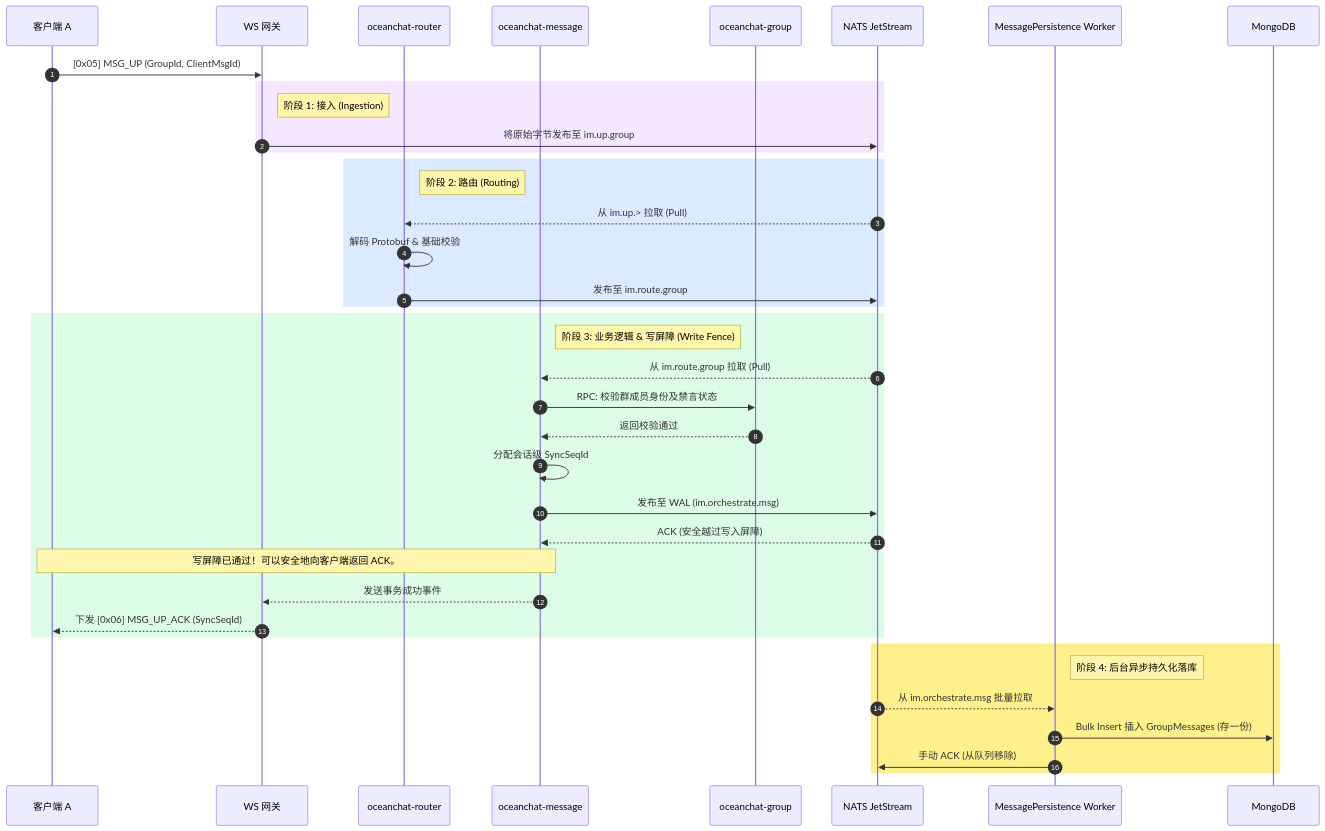
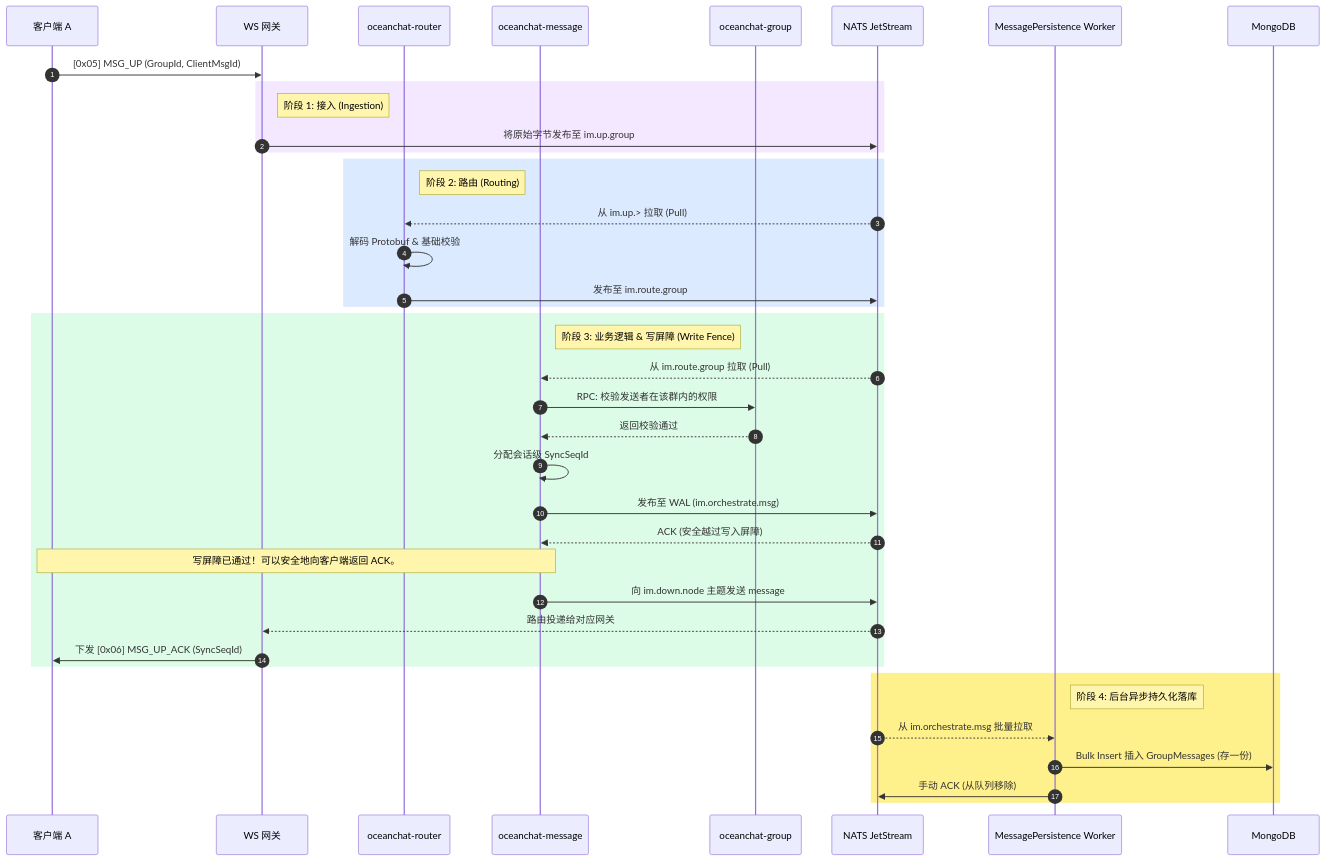
Before and after one commit to JamesWilson19970101/ocean.chat.docs: the first of 4 diagrams in i18n/zh-CN/docusaurus-plugin-content-docs/current/devdocs/Bussiness Logic/group-message-flow.md, drawn with Mermaid. The commit also changed 72 other files, not shown here.

First line of the commit message:
ref(docs): reorganize devdocs and update architecture decision records

````diff
--- a/i18n/zh-CN/docusaurus-plugin-content-docs/current/devdocs/Bussiness Logic/group-message-flow.md
+++ b/i18n/zh-CN/docusaurus-plugin-content-docs/current/devdocs/Bussiness Logic/group-message-flow.md
@@ -36,47 +36,48 @@
 ```mermaid
 sequenceDiagram
     autonumber
     participant Sender as 客户端 A
     participant WSG as WS 网关
     participant Router as oceanchat-router
     participant MsgService as oceanchat-message
     participant GroupService as oceanchat-group
     participant NATS as NATS JetStream
     participant Worker as MessagePersistence Worker
     participant MongoDB as MongoDB
 
     Sender->>WSG: [0x05] MSG_UP (GroupId, ClientMsgId)
 
     rect rgb(243, 232, 255)
         note right of WSG: 阶段 1: 接入 (Ingestion)
         WSG->>NATS: 将原始字节发布至 im.up.group
     end
 
     rect rgb(219, 234, 254)
         note right of Router: 阶段 2: 路由 (Routing)
         NATS-->>Router: 从 im.up.> 拉取 (Pull)
         Router->>Router: 解码 Protobuf & 基础校验
         Router->>NATS: 发布至 im.route.group
     end
 
     rect rgb(220, 252, 231)
         note right of MsgService: 阶段 3: 业务逻辑 & 写屏障 (Write Fence)
         NATS-->>MsgService: 从 im.route.group 拉取 (Pull)
-        MsgService->>GroupService: RPC: 校验群成员身份及禁言状态
+        MsgService->>GroupService: RPC: 校验发送者在该群内的权限
         GroupService-->>MsgService: 返回校验通过
         MsgService->>MsgService: 分配会话级 SyncSeqId
         MsgService->>NATS: 发布至 WAL (im.orchestrate.msg)
         NATS-->>MsgService: ACK (安全越过写入屏障)
 
         note over MsgService, Sender: 写屏障已通过！可以安全地向客户端返回 ACK。
-        MsgService-->>WSG: 发送事务成功事件
-        WSG-->>Sender: 下发 [0x06] MSG_UP_ACK (SyncSeqId)
+        MsgService->>NATS: 向 im.down.node 主题发送 message
+        NATS-->>WSG: 路由投递给对应网关
+        WSG->>Sender: 下发 [0x06] MSG_UP_ACK (SyncSeqId)
     end
 
     rect rgb(254, 240, 138)
         note right of Worker: 阶段 4: 后台异步持久化落库
         NATS-->>Worker: 从 im.orchestrate.msg 批量拉取
         Worker->>MongoDB: Bulk Insert 插入 GroupMessages (存一份)
         Worker->>NATS: 手动 ACK (从队列移除)
     end
 ```
````
